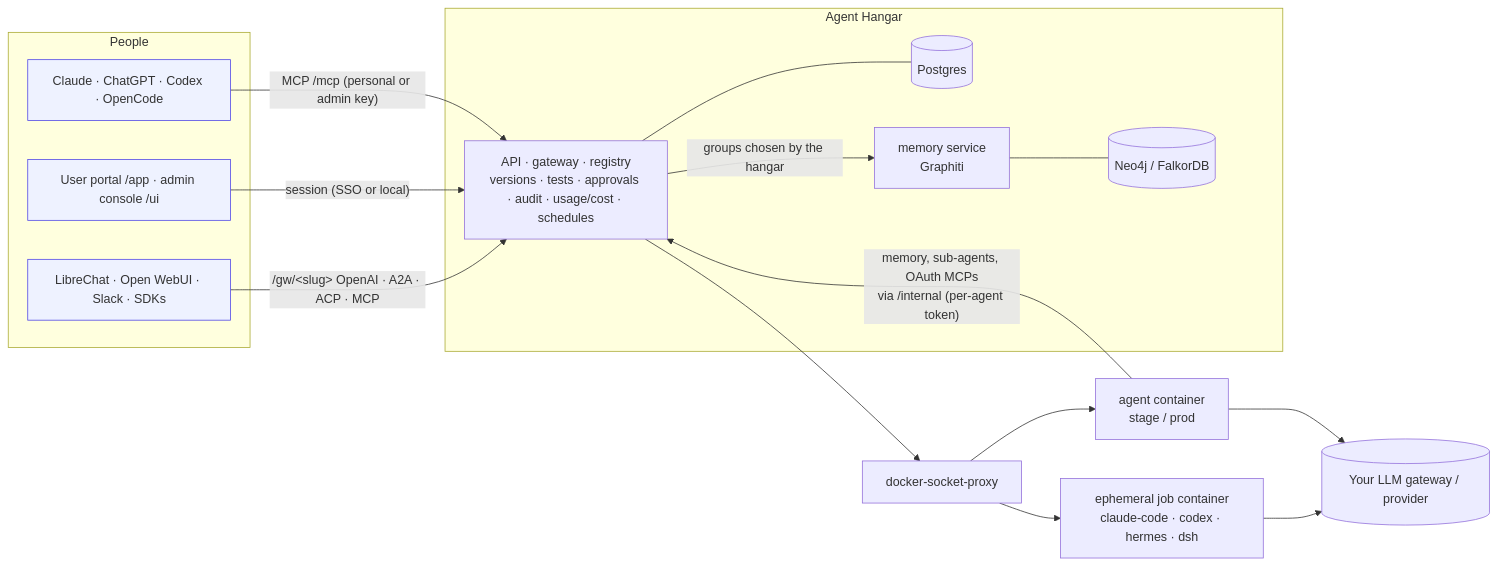
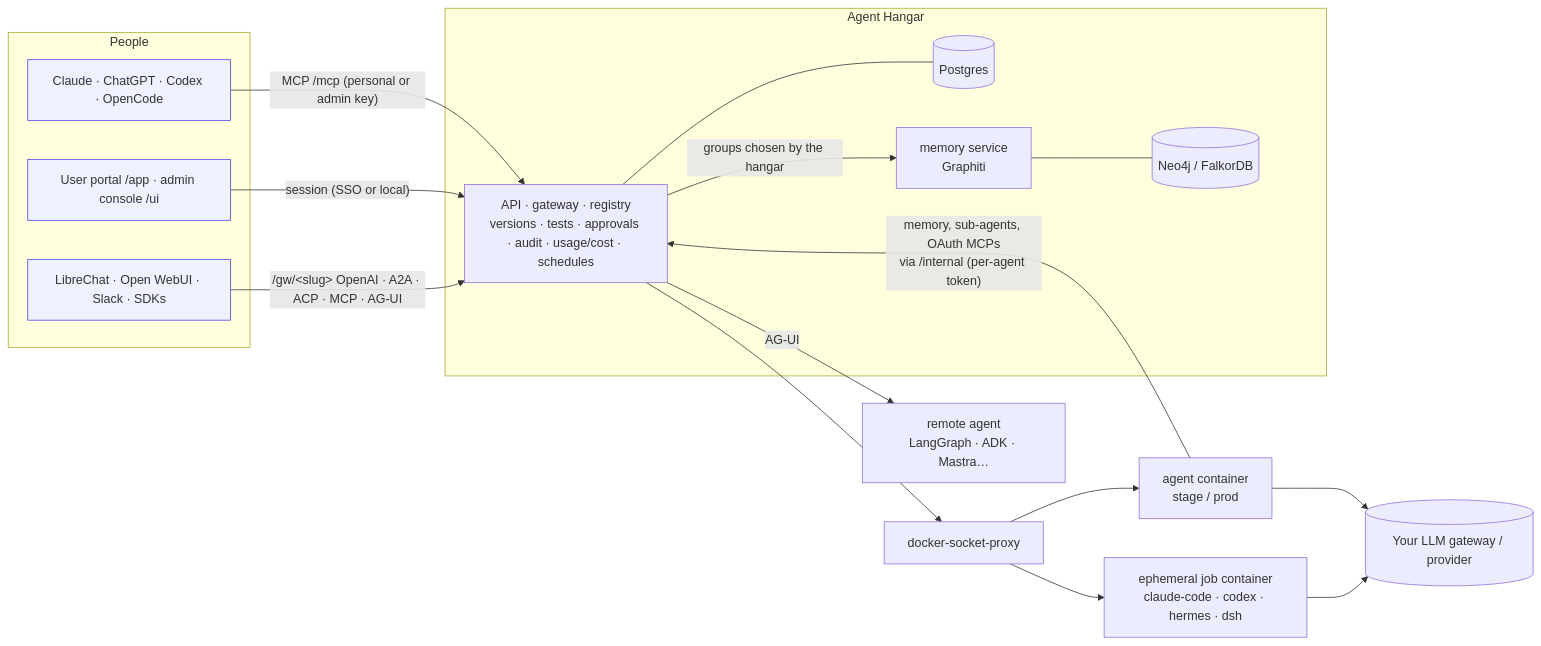
One commit to embrace897/agent-hangar changed the diagram in README.md. Above: the diagram before and after it, drawn with Mermaid. The commit also changed other lines of this file and 12 other files, not shown here.

````diff
--- a/README.md
+++ b/README.md
@@ -335,25 +375,26 @@
 ```mermaid
 flowchart LR
   subgraph People
     B[Claude · ChatGPT · Codex · OpenCode]:::c
     U[User portal /app · admin console /ui]:::c
     T[LibreChat · Open WebUI · Slack · SDKs]:::c
   end
   B -- "MCP /mcp (personal or admin key)" --> H
   U -- "session (SSO or local)" --> H
-  T -- "/gw/&lt;slug&gt; OpenAI · A2A · ACP · MCP" --> H
+  T -- "/gw/&lt;slug&gt; OpenAI · A2A · ACP · MCP · AG-UI" --> H
   subgraph Hangar[Agent Hangar]
     H[API · gateway · registry<br/>versions · tests · approvals · audit · usage/cost · schedules]
     DB[(Postgres)]
     M[memory service<br/>Graphiti]
     G[(Neo4j / FalkorDB)]
     H --- DB
     H -- "groups chosen by the hangar" --> M --- G
   end
   H --> P[docker-socket-proxy]
   P --> A1[agent container<br/>stage / prod]
   P --> J[ephemeral job container<br/>claude-code · codex · hermes · dsh]
   A1 -- "memory, sub-agents, OAuth MCPs<br/>via /internal (per-agent token)" --> H
   A1 & J --> L[(Your LLM gateway / provider)]
+  H -- "AG-UI" --> R[remote agent<br/>LangGraph · ADK · Mastra…]
   classDef c fill:#eef2ff,stroke:#4f46e5
 ```
````
